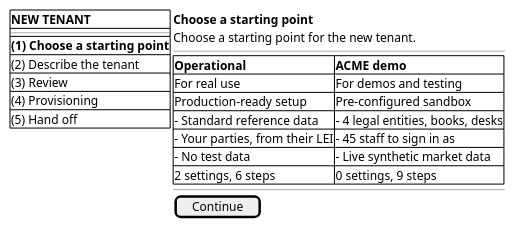
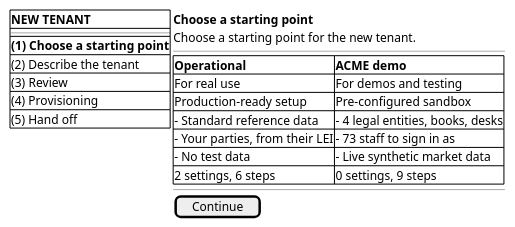
The diagram in doc/knowledge/journeys/setup/wireframe_new_tenant.puml (OreStudio/OreStudio), drawn with PlantUML before and after one commit. The commit also changed 3 other files, not shown here.

```diff
--- a/doc/knowledge/journeys/setup/wireframe_new_tenant.puml
+++ b/doc/knowledge/journeys/setup/wireframe_new_tenant.puml
@@ -18,31 +18,31 @@
 @startuml
 
 salt
 {
   {#
     <b>NEW TENANT</b>
     --
     <b>(1) Choose a starting point</b>
     (2) Describe the tenant
     (3) Review
     (4) Provisioning
     (5) Hand off
   } | {
     <b>Choose a starting point</b>
     Choose a starting point for the new tenant.
     --
     {#
       <b>Operational</b> | <b>ACME demo</b>
       For real use | For demos and testing
       Production-ready setup | Pre-configured sandbox
       - Standard reference data | - 4 legal entities, books, desks
-      - Your parties, from their LEI | - 45 staff to sign in as
+      - Your parties, from their LEI | - 73 staff to sign in as
       - No test data | - Live synthetic market data
       2 settings, 6 steps | 0 settings, 9 steps
     }
     --
     [ Continue ]
   }
 }
 
 @enduml
```
